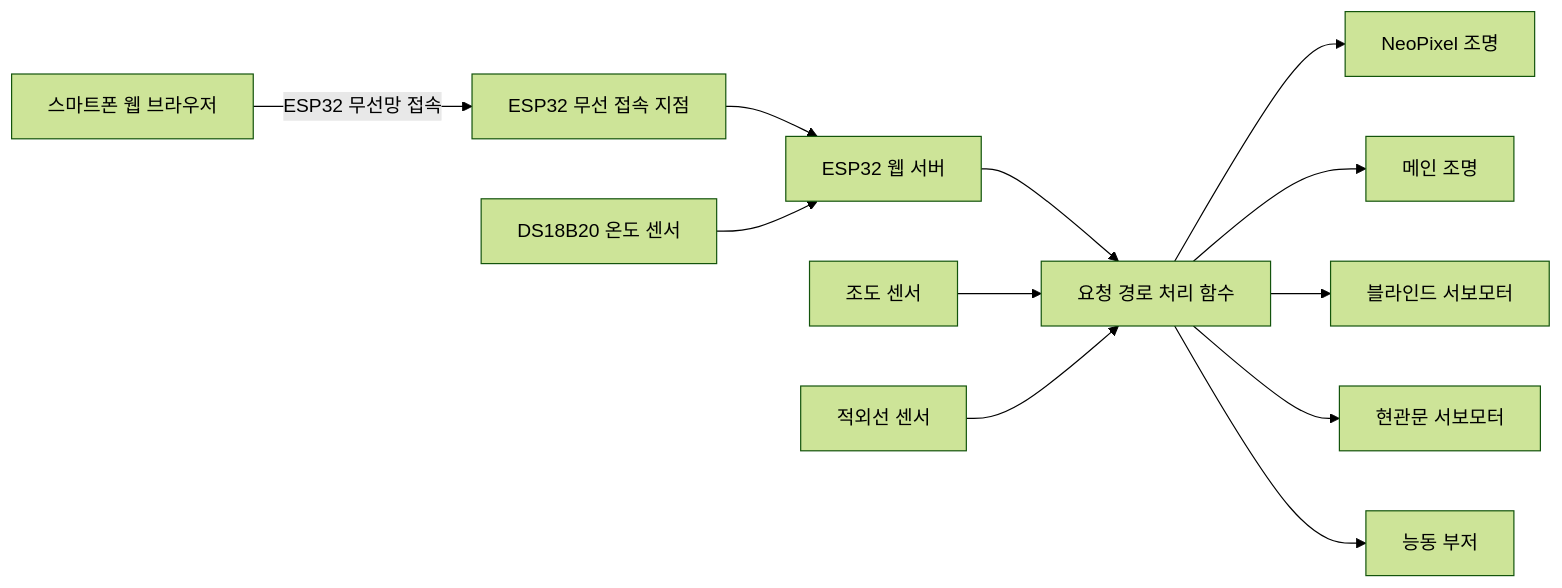
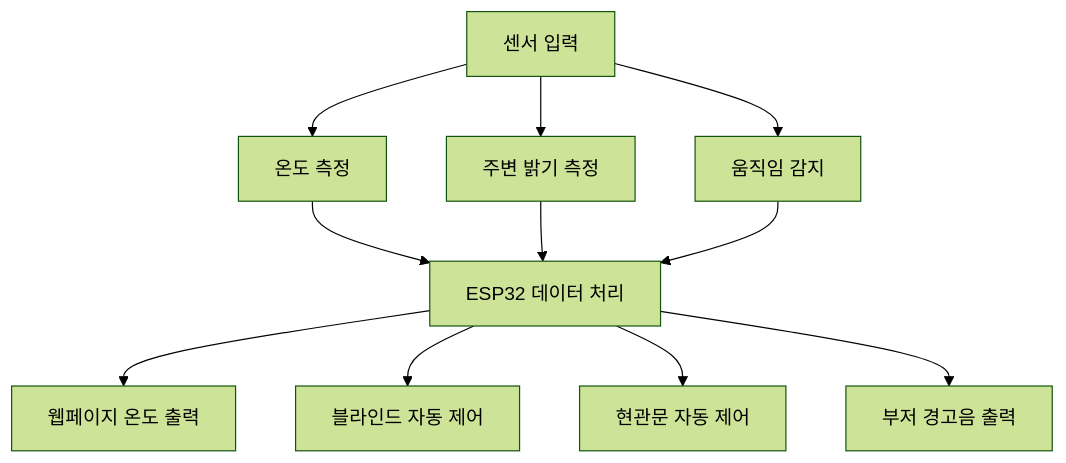
The second of 7 diagrams in README.md (BAIKJUWON/AnuHackerton), drawn with Mermaid (forest theme) before and after one commit. The commit also changed other lines of this file, not shown here.

````diff
--- a/README.md
+++ b/README.md
@@ -713,31 +135,28 @@
 ```mermaid
-flowchart LR
-    USER[스마트폰 웹 브라우저]
-    AP[ESP32 무선 접속 지점]
-    SERVER[ESP32 웹 서버]
-    ROUTE[요청 경로 처리 함수]
+flowchart TD
+    센서입력[센서 입력]
 
-    TEMP[DS18B20 온도 센서]
-    LIGHT[조도 센서]
-    IR[적외선 센서]
+    온도값[온도 측정]
+    밝기값[주변 밝기 측정]
+    움직임값[움직임 감지]
 
-    RGB[NeoPixel 조명]
-    LED[메인 조명]
-    BLIND[블라인드 서보모터]
-    DOOR[현관문 서보모터]
-    BUZZER[능동 부저]
+    ESP32처리[ESP32 데이터 처리]
 
-    USER -->|ESP32 무선망 접속| AP
-    AP --> SERVER
-    SERVER --> ROUTE
+    웹출력[웹페이지 온도 출력]
+    블라인드제어[블라인드 자동 제어]
+    문제어[현관문 자동 제어]
+    경고음[부저 경고음 출력]
 
-    TEMP --> SERVER
-    LIGHT --> ROUTE
-    IR --> ROUTE
+    센서입력 --> 온도값
+    센서입력 --> 밝기값
+    센서입력 --> 움직임값
 
-    ROUTE --> RGB
-    ROUTE --> LED
-    ROUTE --> BLIND
-    ROUTE --> DOOR
-    ROUTE --> BUZZER
+    온도값 --> ESP32처리
+    밝기값 --> ESP32처리
+    움직임값 --> ESP32처리
+
+    ESP32처리 --> 웹출력
+    ESP32처리 --> 블라인드제어
+    ESP32처리 --> 문제어
+    ESP32처리 --> 경고음
 ```
````
